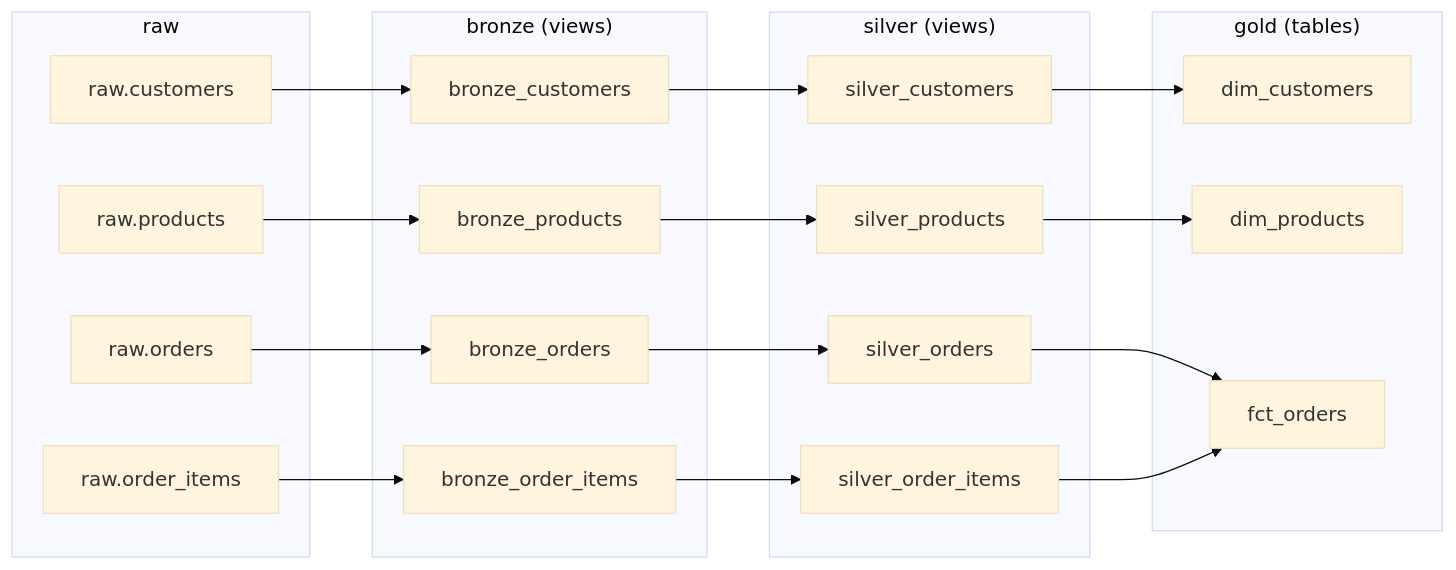
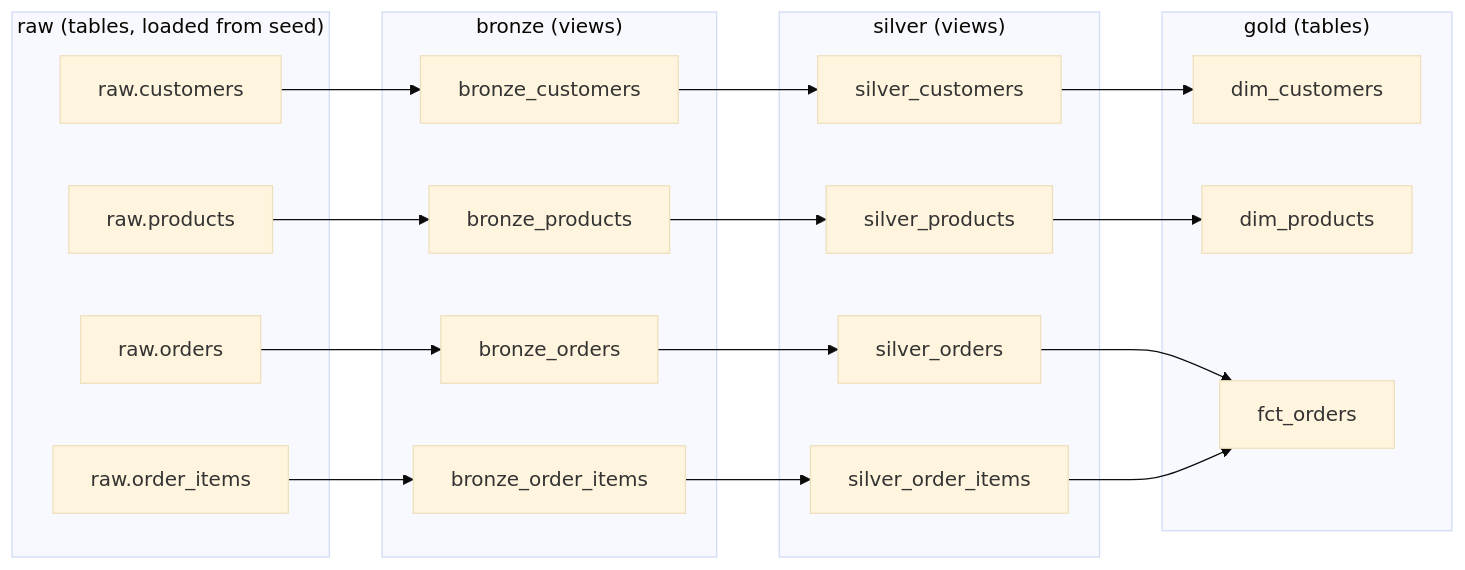
One commit to gillharleen/eval_m1_seed changed the third of 5 diagrams in README.md. Above: the diagram before and after it, drawn with Mermaid (base theme). The commit also changed other lines of this file and 18 other files, not shown here.

````diff
--- a/README.md
+++ b/README.md
@@ -132,30 +128,30 @@
 ```mermaid
 flowchart LR
-    subgraph RAW["raw"]
+    subgraph RAW["raw (tables, loaded from seed)"]
         r1["raw.customers"]
         r2["raw.products"]
         r3["raw.orders"]
         r4["raw.order_items"]
     end
     subgraph BRONZE["bronze (views)"]
         b1["bronze_customers"]
         b2["bronze_products"]
         b3["bronze_orders"]
         b4["bronze_order_items"]
     end
     subgraph SILVER["silver (views)"]
         s1["silver_customers"]
         s2["silver_products"]
         s3["silver_orders"]
         s4["silver_order_items"]
     end
     subgraph GOLD["gold (tables)"]
         g1["dim_customers"]
         g2["dim_products"]
         g3["fct_orders"]
     end
     r1 --> b1 --> s1 --> g1
     r2 --> b2 --> s2 --> g2
     r3 --> b3 --> s3 --> g3
     r4 --> b4 --> s4 --> g3
 ```
````
